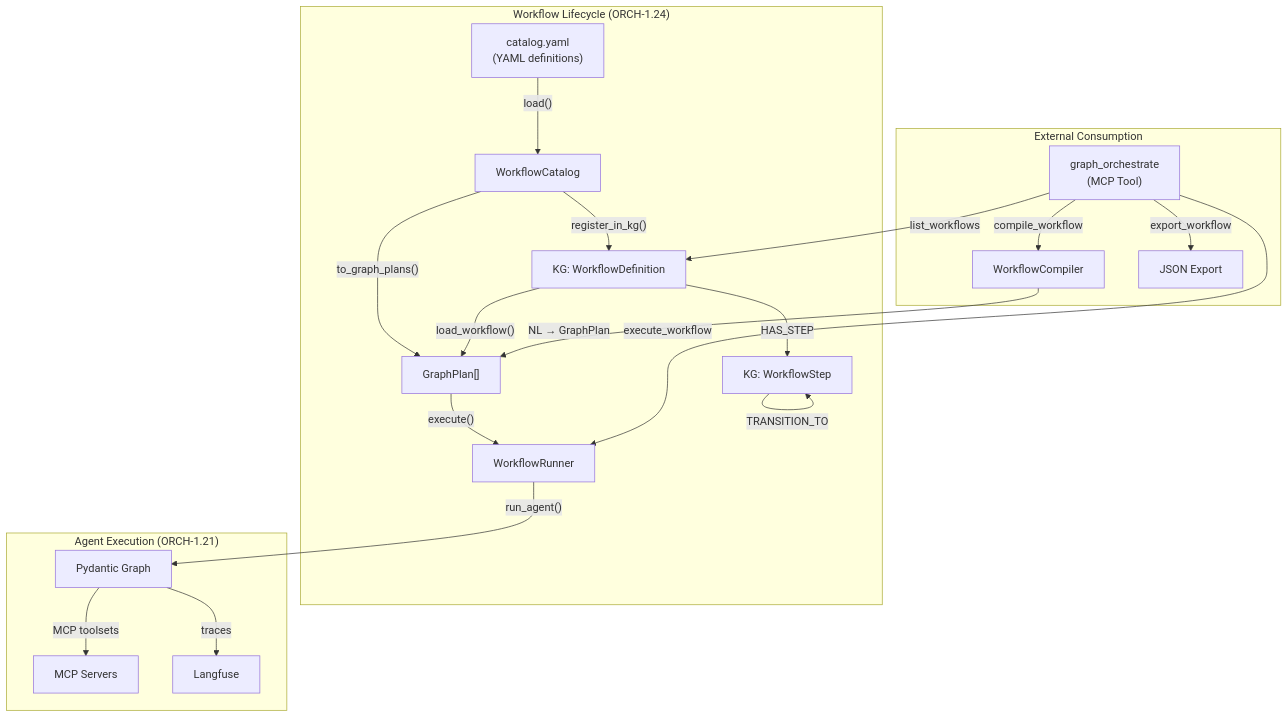
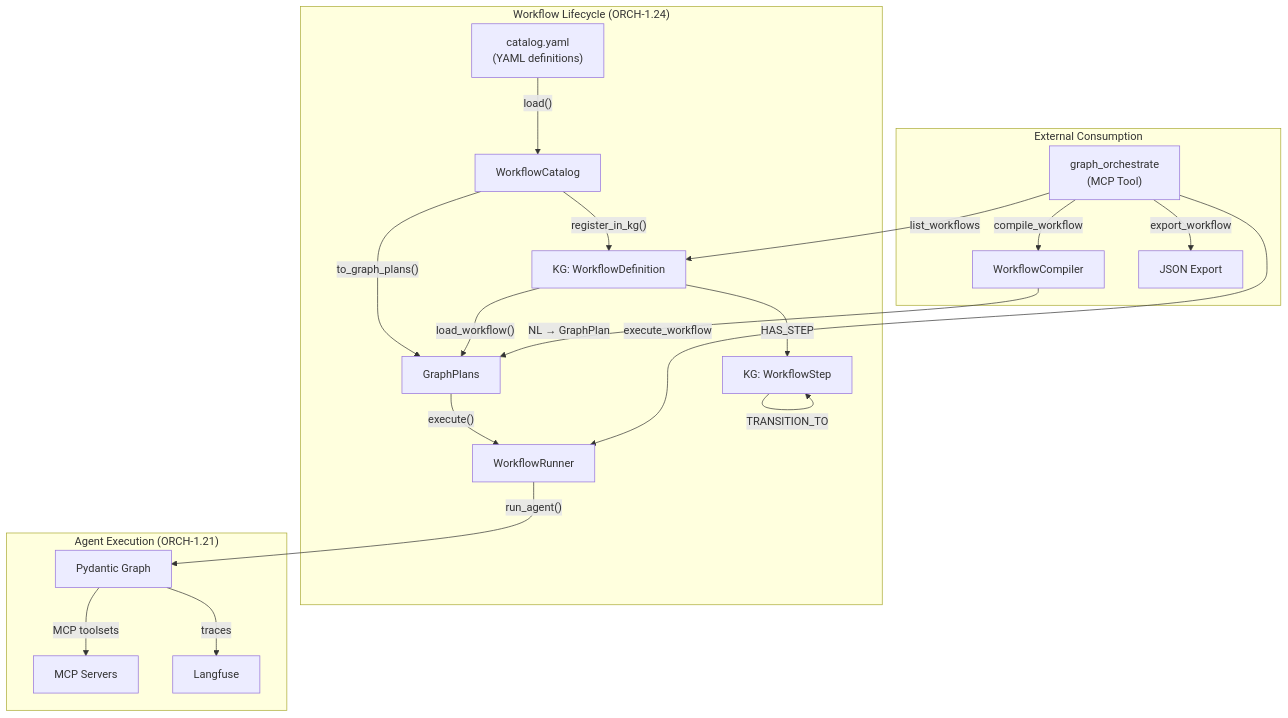
Before and after one commit to Knuckles-Team/agent-utilities: the diagram in docs/examples/mcp-orchestration-examples.md, drawn with Mermaid. The commit also changed 41 other files, not shown here.

````diff
--- a/docs/examples/mcp-orchestration-examples.md
+++ b/docs/examples/mcp-orchestration-examples.md
@@ -7,26 +7,26 @@
 ```mermaid
 graph TB
     subgraph "Workflow Lifecycle (ORCH-1.24)"
         A["catalog.yaml<br/>(YAML definitions)"] -->|"load()"| B["WorkflowCatalog"]
-        B -->|"to_graph_plans()"| C["GraphPlan[]"]
+        B -->|"to_graph_plans()"| C["GraphPlans"]
         B -->|"register_in_kg()"| D["KG: WorkflowDefinition"]
         D -->|"HAS_STEP"| E["KG: WorkflowStep"]
         E -->|"TRANSITION_TO"| E
         C -->|"execute()"| F["WorkflowRunner"]
         D -->|"load_workflow()"| C
     end
 
     subgraph "Agent Execution (ORCH-1.21)"
         F -->|"run_agent()"| G["Pydantic Graph"]
         G -->|"MCP toolsets"| H["MCP Servers"]
         G -->|"traces"| I["Langfuse"]
     end
 
     subgraph "External Consumption"
         J["graph_orchestrate<br/>(MCP Tool)"] -->|"list_workflows"| D
         J -->|"execute_workflow"| F
         J -->|"compile_workflow"| K["WorkflowCompiler"]
         J -->|"export_workflow"| L["JSON Export"]
         K -->|"NL → GraphPlan"| C
     end
 ```
````
